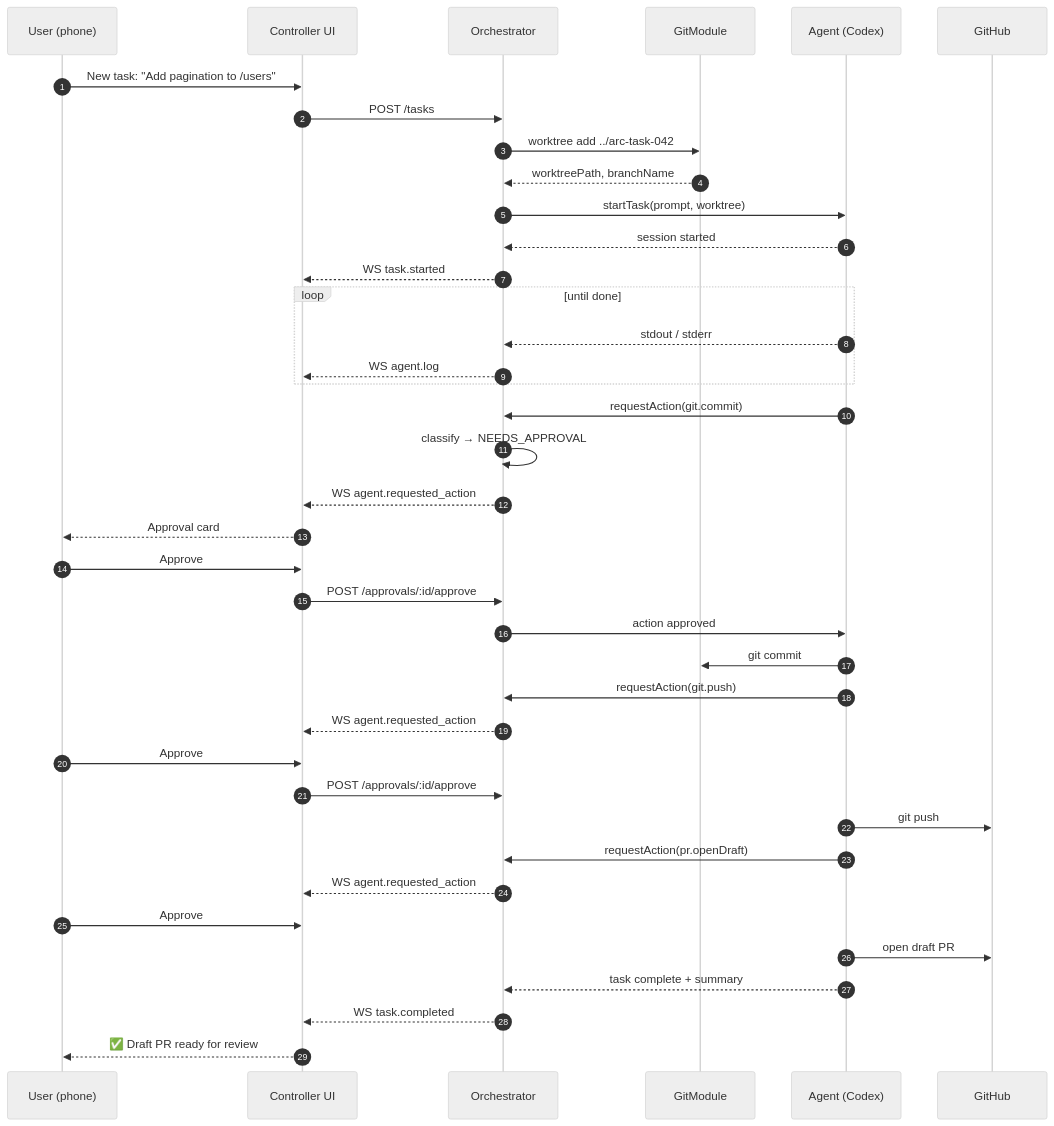
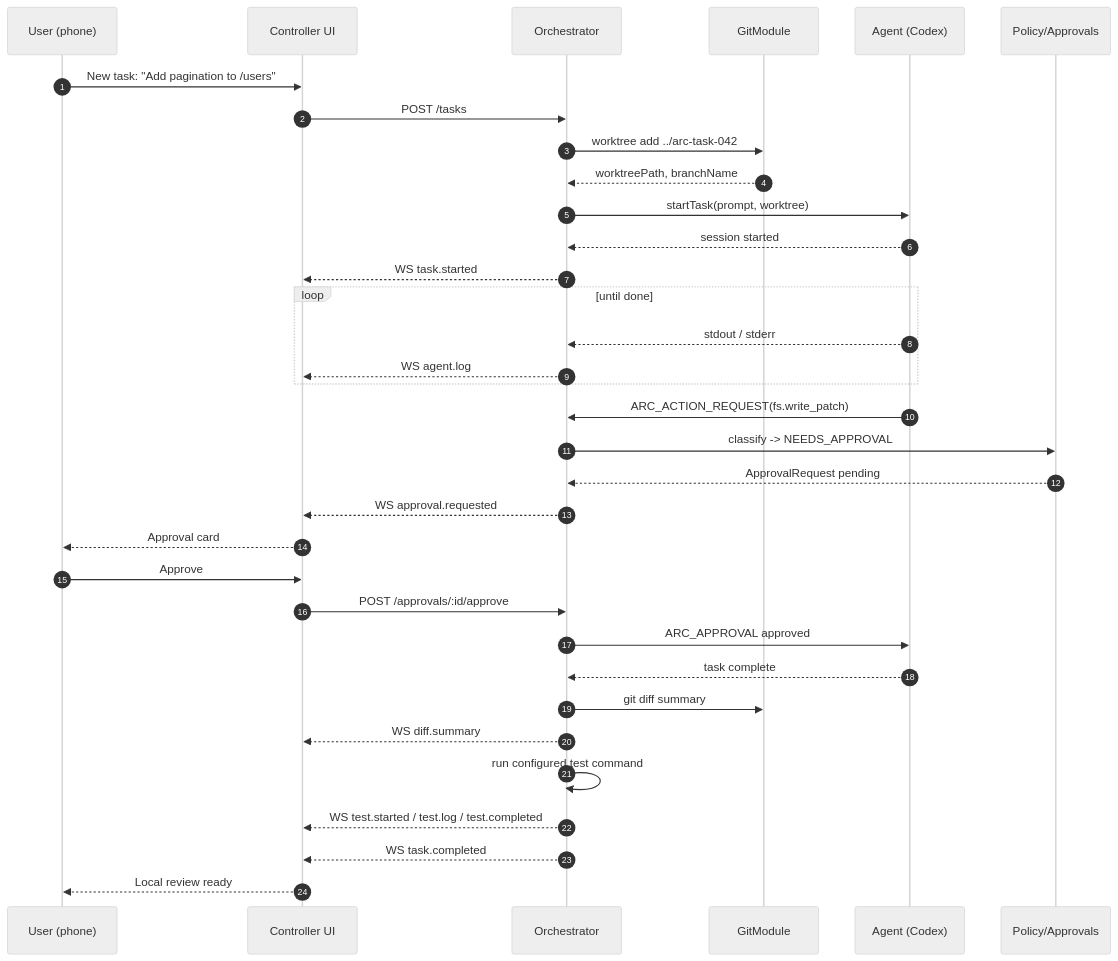
Before and after one commit to mjshuff23/agents-with-remote-control-mobile-controller: the fifth of 7 diagrams in docs/diagrams.md, drawn with Mermaid (neutral theme). The commit also changed other lines of this file and 62 other files, not shown here.

````diff
--- a/docs/diagrams.md
+++ b/docs/diagrams.md
@@ -219,42 +253,37 @@
 ```mermaid
 sequenceDiagram
   autonumber
   participant U as User (phone)
   participant C as Controller UI
   participant O as Orchestrator
   participant G as GitModule
   participant A as Agent (Codex)
-  participant GH as GitHub
+  participant P as Policy/Approvals
 
   U->>C: New task: "Add pagination to /users"
   C->>O: POST /tasks
   O->>G: worktree add ../arc-task-042
   G-->>O: worktreePath, branchName
   O->>A: startTask(prompt, worktree)
   A-->>O: session started
   O-->>C: WS task.started
   loop until done
     A-->>O: stdout / stderr
     O-->>C: WS agent.log
   end
-  A->>O: requestAction(git.commit)
-  O->>O: classify → NEEDS_APPROVAL
-  O-->>C: WS agent.requested_action
+  A->>O: ARC_ACTION_REQUEST(fs.write_patch)
+  O->>P: classify -> NEEDS_APPROVAL
+  P-->>O: ApprovalRequest pending
+  O-->>C: WS approval.requested
   C-->>U: Approval card
   U->>C: Approve
   C->>O: POST /approvals/:id/approve
-  O->>A: action approved
-  A->>G: git commit
-  A->>O: requestAction(git.push)
-  O-->>C: WS agent.requested_action
-  U->>C: Approve
-  C->>O: POST /approvals/:id/approve
-  A->>GH: git push
-  A->>O: requestAction(pr.openDraft)
-  O-->>C: WS agent.requested_action
-  U->>C: Approve
-  A->>GH: open draft PR
-  A-->>O: task complete + summary
+  O->>A: ARC_APPROVAL approved
+  A-->>O: task complete
+  O->>G: git diff summary
+  O-->>C: WS diff.summary
+  O->>O: run configured test command
+  O-->>C: WS test.started / test.log / test.completed
   O-->>C: WS task.completed
-  C-->>U: ✅ Draft PR ready for review
+  C-->>U: Local review ready
 ```
````
